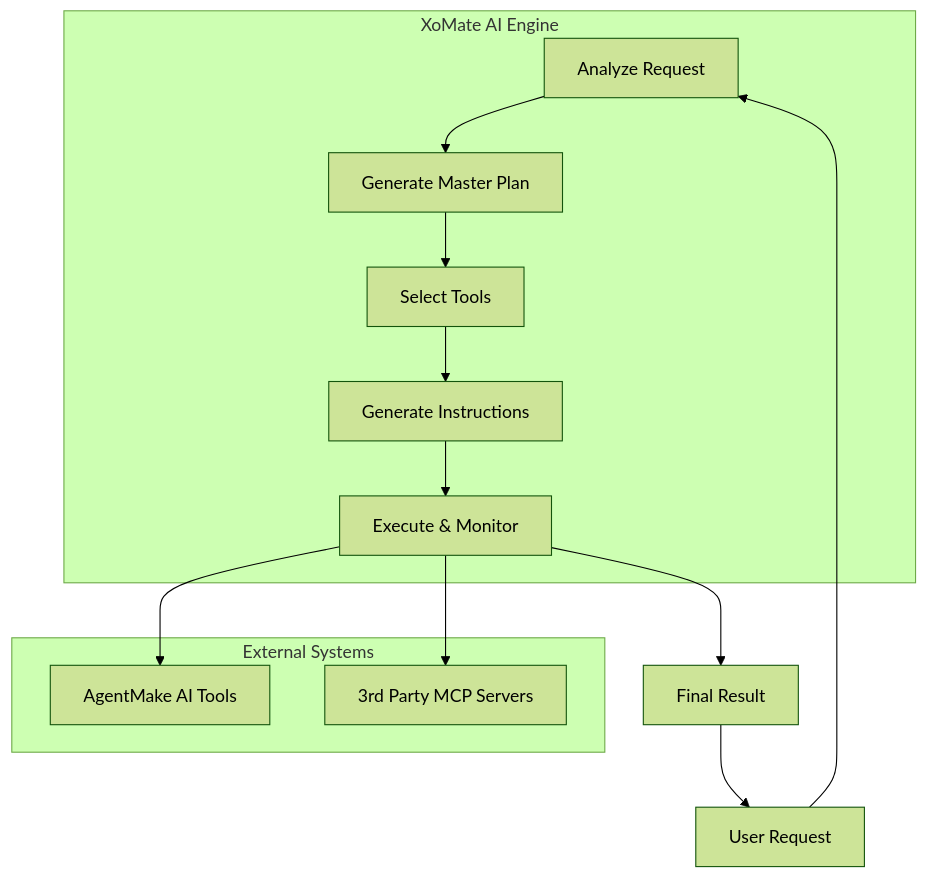
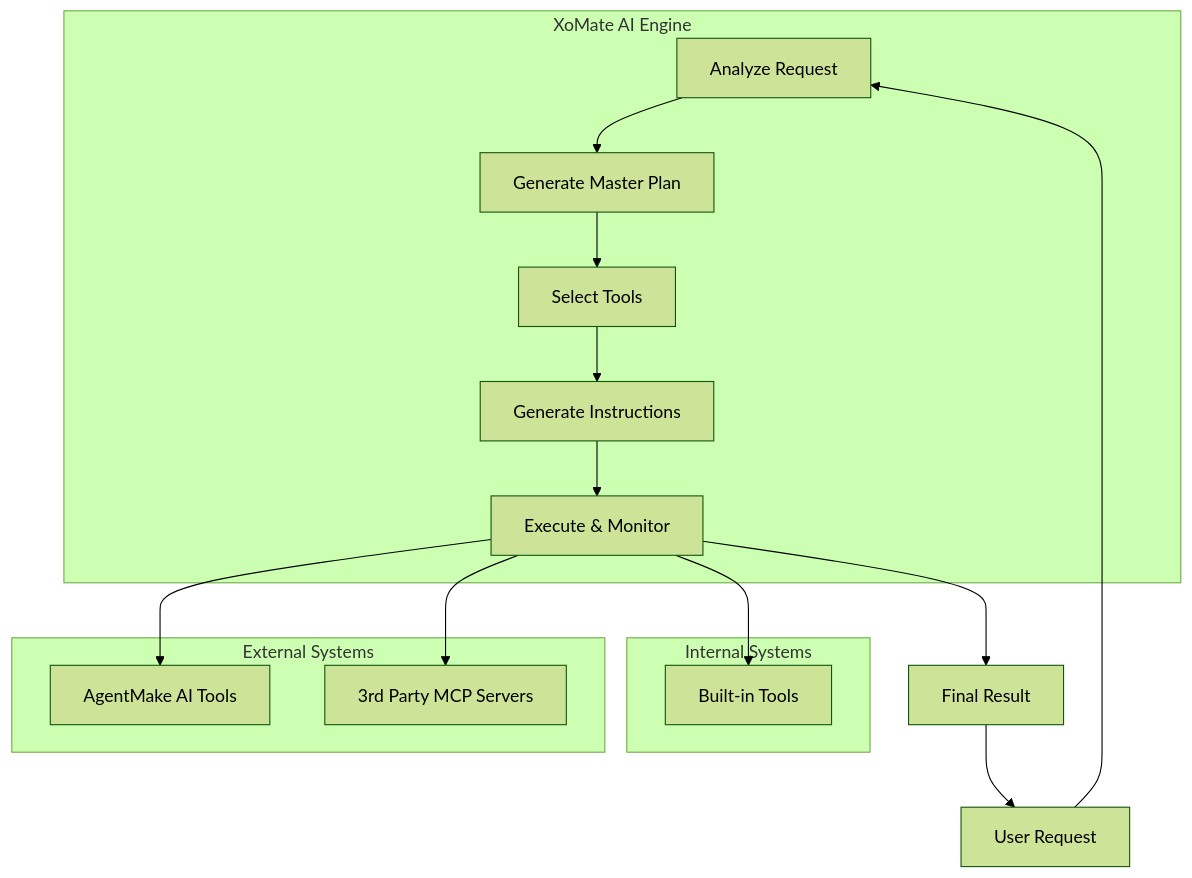
Before and after one commit to eliranwong/computemate: the diagram in README.md, drawn with Mermaid (forest theme).

Commit message:
Update workflow diagram in README.md

````diff
--- a/README.md
+++ b/README.md
@@ -47,28 +47,33 @@
 ```mermaid
 graph TD
-    subgraph XoMate AI Engine
-        B[Analyze Request]
-        C[Generate Master Plan]
-        D[Select Tools]
-        E[Generate Instructions]
-        F[Execute & Monitor]
+    subgraph "XoMate AI Engine"
+        B["Analyze Request"]
+        C["Generate Master Plan"]
+        D["Select Tools"]
+        E["Generate Instructions"]
+        F["Execute & Monitor"]
     end
 
-    A[User Request] --> B;
-    B --> C;
-    C --> D;
-    D --> E;
-    E --> F;
+    A["User Request"] --> B
+    B --> C
+    C --> D
+    D --> E
+    E --> F
 
-    subgraph External Systems
-        G[AgentMake AI Tools]
-        H[3rd Party MCP Servers]
+    subgraph "Internal Systems"
+        J["Built-in Tools"]
     end
 
-    F --> G;
-    F --> H;
+    subgraph "External Systems"
+        G["AgentMake AI Tools"]
+        H["3rd Party MCP Servers"]
+    end
 
-    I[Final Result]
-    F --> I;
-    I --> A;
+    F --> J
+    F --> G
+    F --> H
+
+    I["Final Result"]
+    F --> I
+    I --> A
 ```
````
